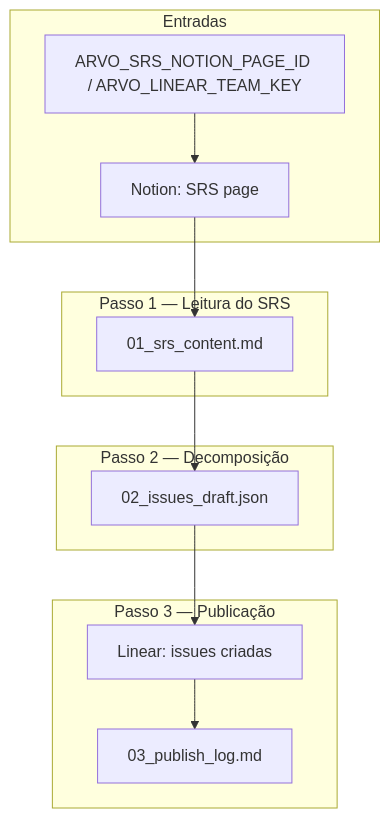
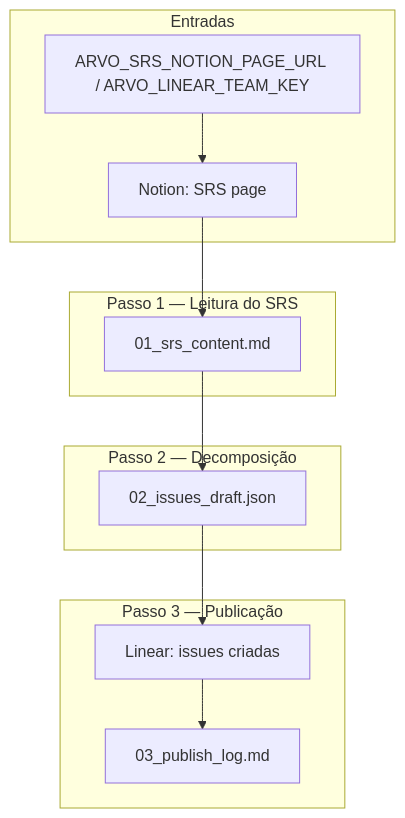
One commit to arvo-health/arvo-crewai changed the diagram in docs/crews/crew-linear-tasks-creation.md. Above: the diagram before and after it, drawn with Mermaid. The commit also changed other lines of this file and 18 other files, not shown here.

First line of the commit message:
refactor(notion): prefer page URLs over UUID env vars

````diff
--- a/docs/crews/crew-linear-tasks-creation.md
+++ b/docs/crews/crew-linear-tasks-creation.md
@@ -134,26 +135,26 @@
 ```mermaid
 flowchart TB
     subgraph inputs[Entradas]
         NOTION[Notion: SRS page]
-        ENV[ARVO_SRS_NOTION_PAGE_ID / ARVO_LINEAR_TEAM_KEY]
+        ENV[ARVO_SRS_NOTION_PAGE_URL / ARVO_LINEAR_TEAM_KEY]
     end
 
     subgraph step1[Passo 1 — Leitura do SRS]
         D1[01_srs_content.md]
     end
 
     subgraph step2[Passo 2 — Decomposição]
         D2[02_issues_draft.json]
     end
 
     subgraph step3[Passo 3 — Publicação]
         LINEAR[Linear: issues criadas]
         D3[03_publish_log.md]
     end
 
     ENV --> NOTION
     NOTION --> D1
     D1 --> D2
     D2 --> LINEAR
     LINEAR --> D3
 ```
````
